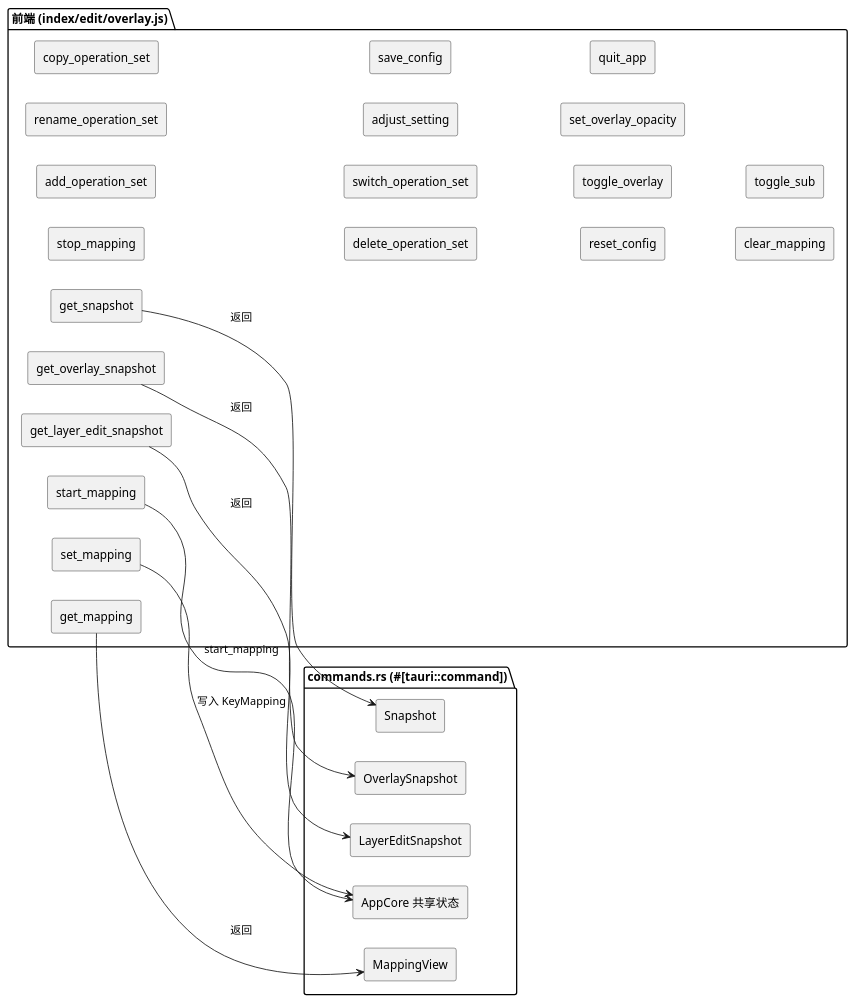
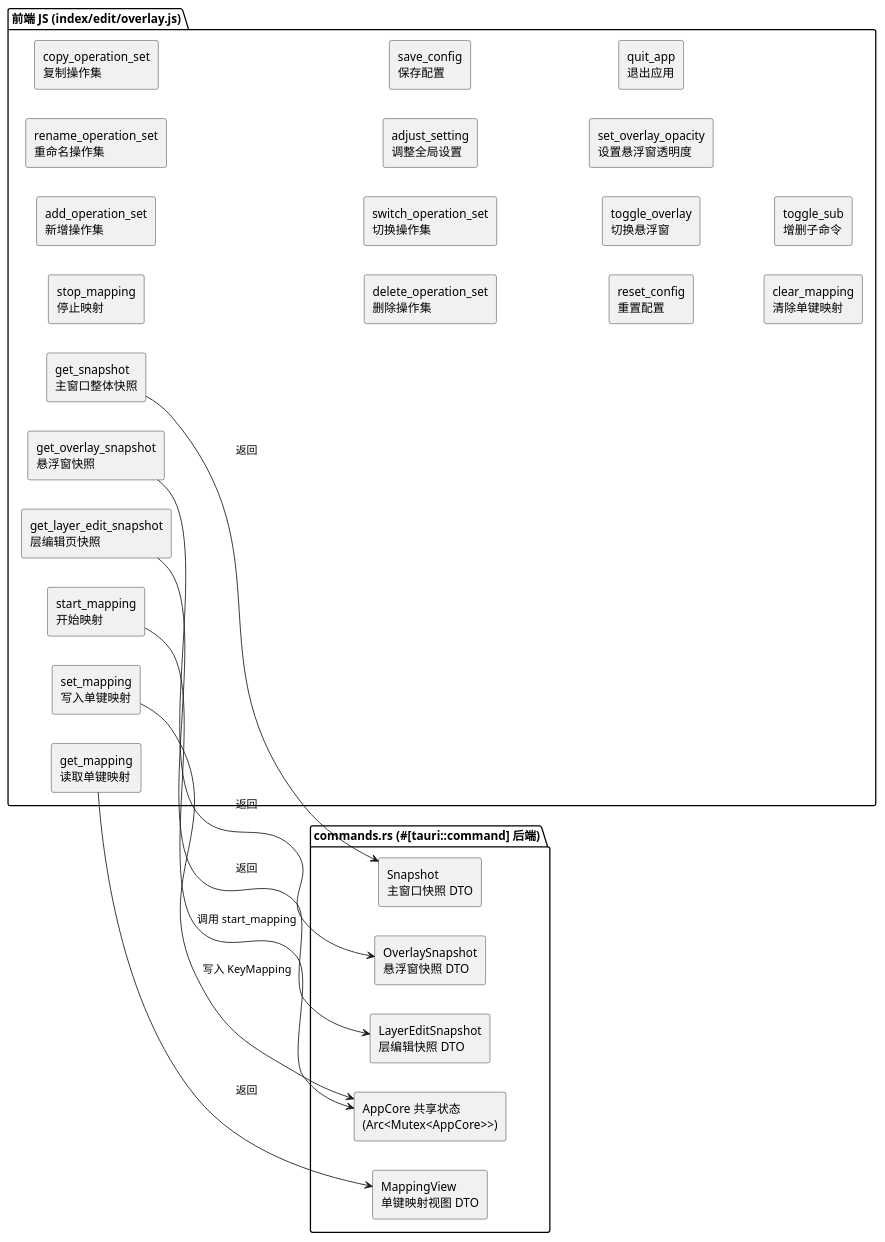
One commit to fwar34/GamepadControlerQt changed diagram 11 of 12 in GamepadControlerRustTauri/Tauri.md. Above: the diagram before and after it, drawn with PlantUML. The commit also changed other lines of this file, not shown here.

First line of the commit message:
docs: 更新Tauri架构文档中的UML图

````diff
--- a/GamepadControlerRustTauri/Tauri.md
+++ b/GamepadControlerRustTauri/Tauri.md
@@ -545,44 +545,44 @@
 ```plantuml
 @startuml
 left to right direction
 skinparam componentStyle rectangle
 
-package "前端 (index/edit/overlay.js)" {
-  [get_snapshot] as C1
-  [get_overlay_snapshot] as C2
-  [start_mapping] as C3
-  [stop_mapping] as C4
-  [add_operation_set] as C5
-  [rename_operation_set] as C6
-  [copy_operation_set] as C7
-  [delete_operation_set] as C8
-  [switch_operation_set] as C9
-  [adjust_setting] as C10
-  [save_config] as C11
-  [reset_config] as C12
-  [toggle_overlay] as C13
-  [set_overlay_opacity] as C14
-  [quit_app] as C15
-  [get_layer_edit_snapshot] as C16
-  [get_mapping] as C17
-  [set_mapping] as C18
-  [clear_mapping] as C19
-  [toggle_sub] as C20
+package "前端 JS (index/edit/overlay.js)" {
+  component "get_snapshot\n主窗口整体快照" as CmdGetSnapshot
+  component "get_overlay_snapshot\n悬浮窗快照" as CmdGetOverlaySnapshot
+  component "start_mapping\n开始映射" as CmdStartMapping
+  component "stop_mapping\n停止映射" as CmdStopMapping
+  component "add_operation_set\n新增操作集" as CmdAddOperationSet
+  component "rename_operation_set\n重命名操作集" as CmdRenameOperationSet
+  component "copy_operation_set\n复制操作集" as CmdCopyOperationSet
+  component "delete_operation_set\n删除操作集" as CmdDeleteOperationSet
+  component "switch_operation_set\n切换操作集" as CmdSwitchOperationSet
+  component "adjust_setting\n调整全局设置" as CmdAdjustSetting
+  component "save_config\n保存配置" as CmdSaveConfig
+  component "reset_config\n重置配置" as CmdResetConfig
+  component "toggle_overlay\n切换悬浮窗" as CmdToggleOverlay
+  component "set_overlay_opacity\n设置悬浮窗透明度" as CmdSetOverlayOpacity
+  component "quit_app\n退出应用" as CmdQuitApp
+  component "get_layer_edit_snapshot\n层编辑页快照" as CmdGetLayerEditSnapshot
+  component "get_mapping\n读取单键映射" as CmdGetMapping
+  component "set_mapping\n写入单键映射" as CmdSetMapping
+  component "clear_mapping\n清除单键映射" as CmdClearMapping
+  component "toggle_sub\n增删子命令" as CmdToggleSub
 }
 
-package "commands.rs (#[tauri::command])" {
-  [Snapshot] as D1
-  [OverlaySnapshot] as D2
-  [LayerEditSnapshot] as D3
-  [MappingView] as D4
-  [AppCore 共享状态] as CORE
+package "commands.rs (#[tauri::command] 后端)" {
+  component "Snapshot\n主窗口快照 DTO" as DtoSnapshot
+  component "OverlaySnapshot\n悬浮窗快照 DTO" as DtoOverlaySnapshot
+  component "LayerEditSnapshot\n层编辑快照 DTO" as DtoLayerEditSnapshot
+  component "MappingView\n单键映射视图 DTO" as DtoMappingView
+  component "AppCore 共享状态\n(Arc<Mutex<AppCore>>)" as AppCoreShared
 }
 
-C1 --> D1 : 返回
-C2 --> D2 : 返回
-C16 --> D3 : 返回
-C17 --> D4 : 返回
-C3 --> CORE : start_mapping
-C18 --> CORE : 写入 KeyMapping
+CmdGetSnapshot --> DtoSnapshot : 返回
+CmdGetOverlaySnapshot --> DtoOverlaySnapshot : 返回
+CmdGetLayerEditSnapshot --> DtoLayerEditSnapshot : 返回
+CmdGetMapping --> DtoMappingView : 返回
+CmdStartMapping --> AppCoreShared : 调用 start_mapping
+CmdSetMapping --> AppCoreShared : 写入 KeyMapping
 @enduml
 ```
````
